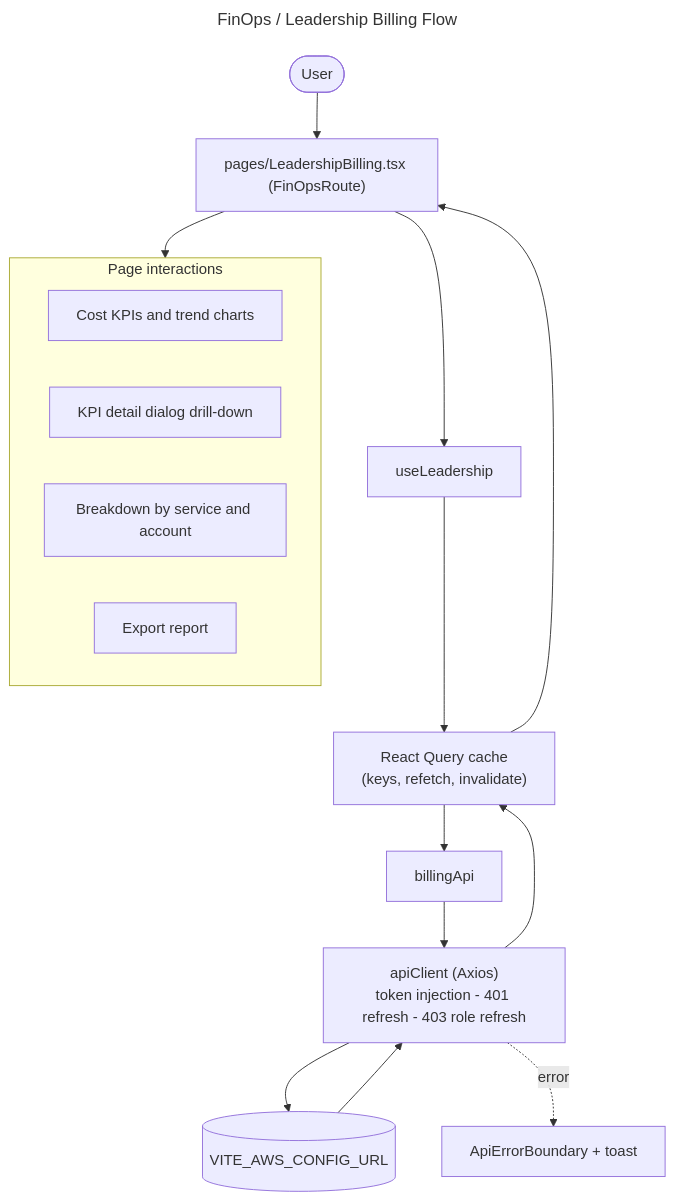
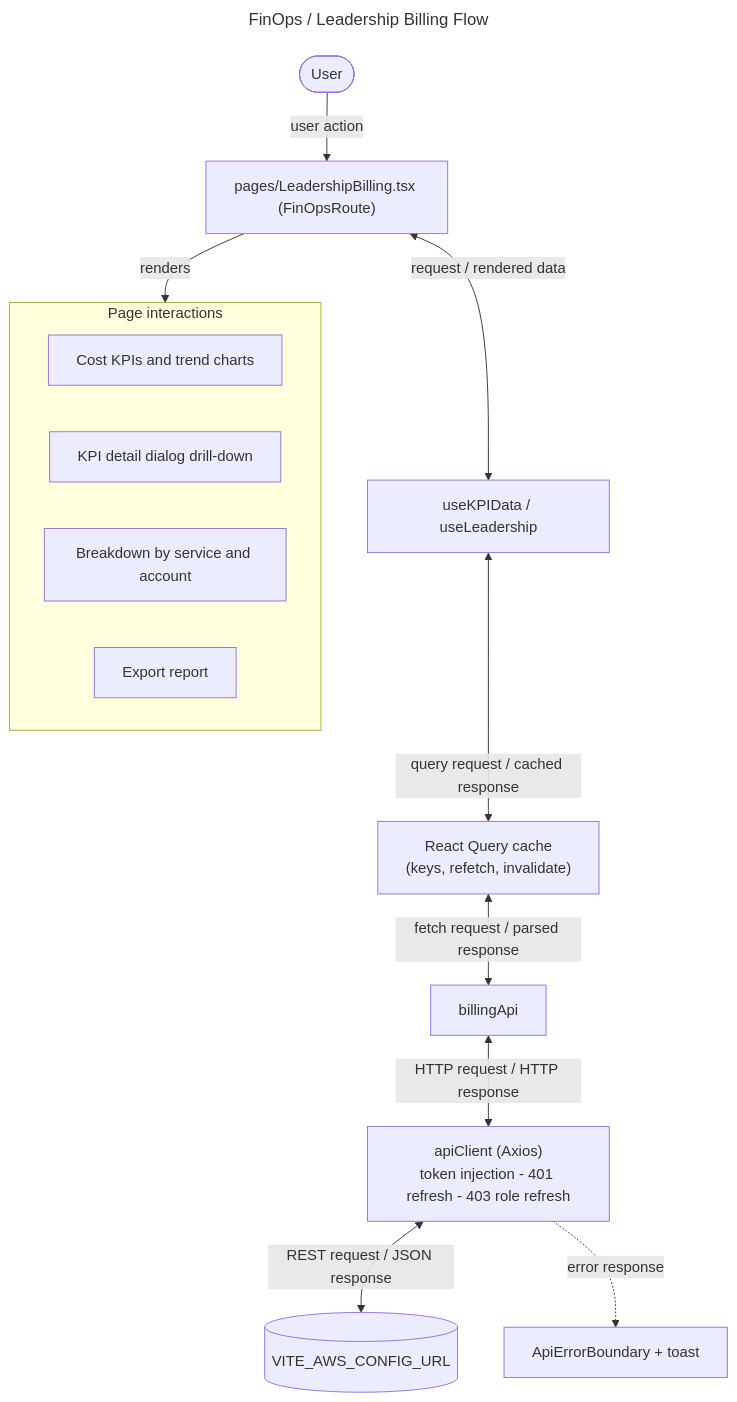
Before and after one commit to sayeeduddinofficial/user-table-view: the diagram in docs/flowcharts/finops.mmd, drawn with Mermaid. The commit also changed 18 other files, not shown here.

```diff
--- a/docs/flowcharts/finops.mmd
+++ b/docs/flowcharts/finops.mmd
@@ -1,19 +1,18 @@
 ---
 title: FinOps / Leadership Billing Flow
 ---
 flowchart TD
-  U([User]) --> P["pages/LeadershipBilling.tsx (FinOpsRoute)"]
-  P --> H["useLeadership"]
-  H --> Q["React Query cache<br/>(keys, refetch, invalidate)"]
-  Q --> A["billingApi"]
-  A --> C["apiClient (Axios)<br/>token injection - 401 refresh - 403 role refresh"]
-  C --> S[("VITE_AWS_CONFIG_URL")]
-  S --> C --> Q --> P
+  U([User]) -->|"user action"| P["pages/LeadershipBilling.tsx (FinOpsRoute)"]
+  P <-->|"request / rendered data"| H["useKPIData / useLeadership"]
+  H <-->|"query request / cached response"| Q["React Query cache<br/>(keys, refetch, invalidate)"]
+  Q <-->|"fetch request / parsed response"| A["billingApi"]
+  A <-->|"HTTP request / HTTP response"| C["apiClient (Axios)<br/>token injection - 401 refresh - 403 role refresh"]
+  C <-->|"REST request / JSON response"| S[("VITE_AWS_CONFIG_URL")]
+  P -->|"renders"| UI
   subgraph UI[Page interactions]
     S0["Cost KPIs and trend charts"]
     S1["KPI detail dialog drill-down"]
     S2["Breakdown by service and account"]
     S3["Export report"]
   end
-  P --> UI
-  C -. error .-> E["ApiErrorBoundary + toast"]
+  C -. "error response" .-> E["ApiErrorBoundary + toast"]
```
